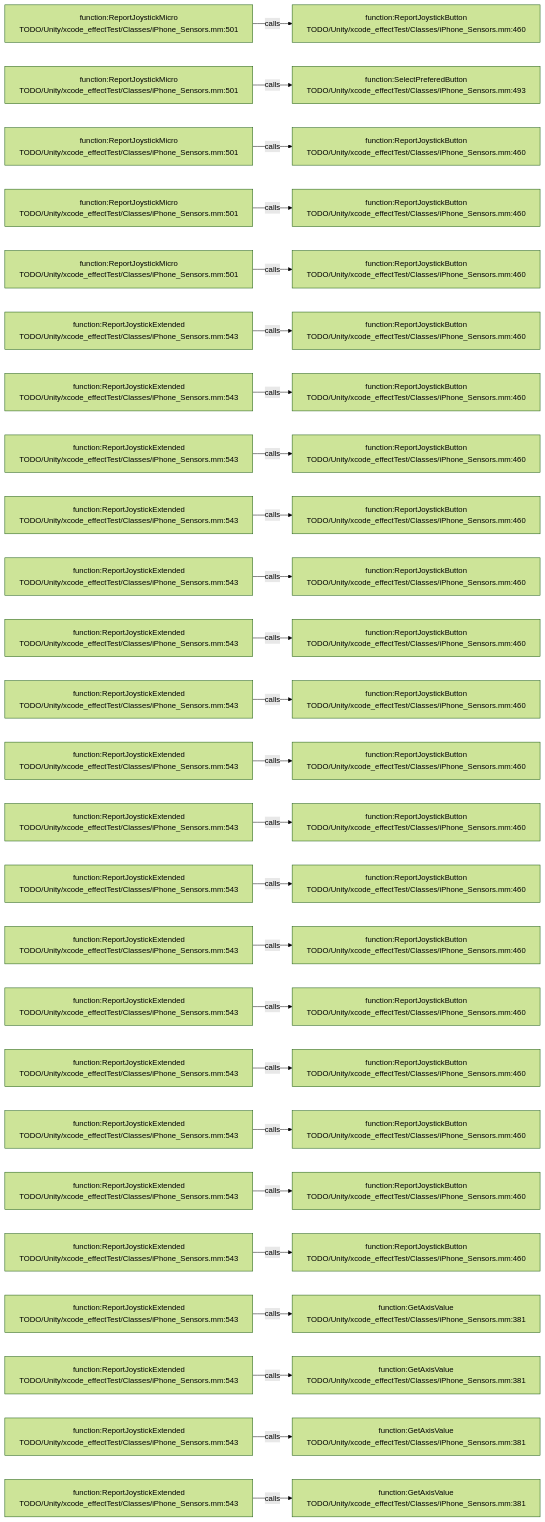
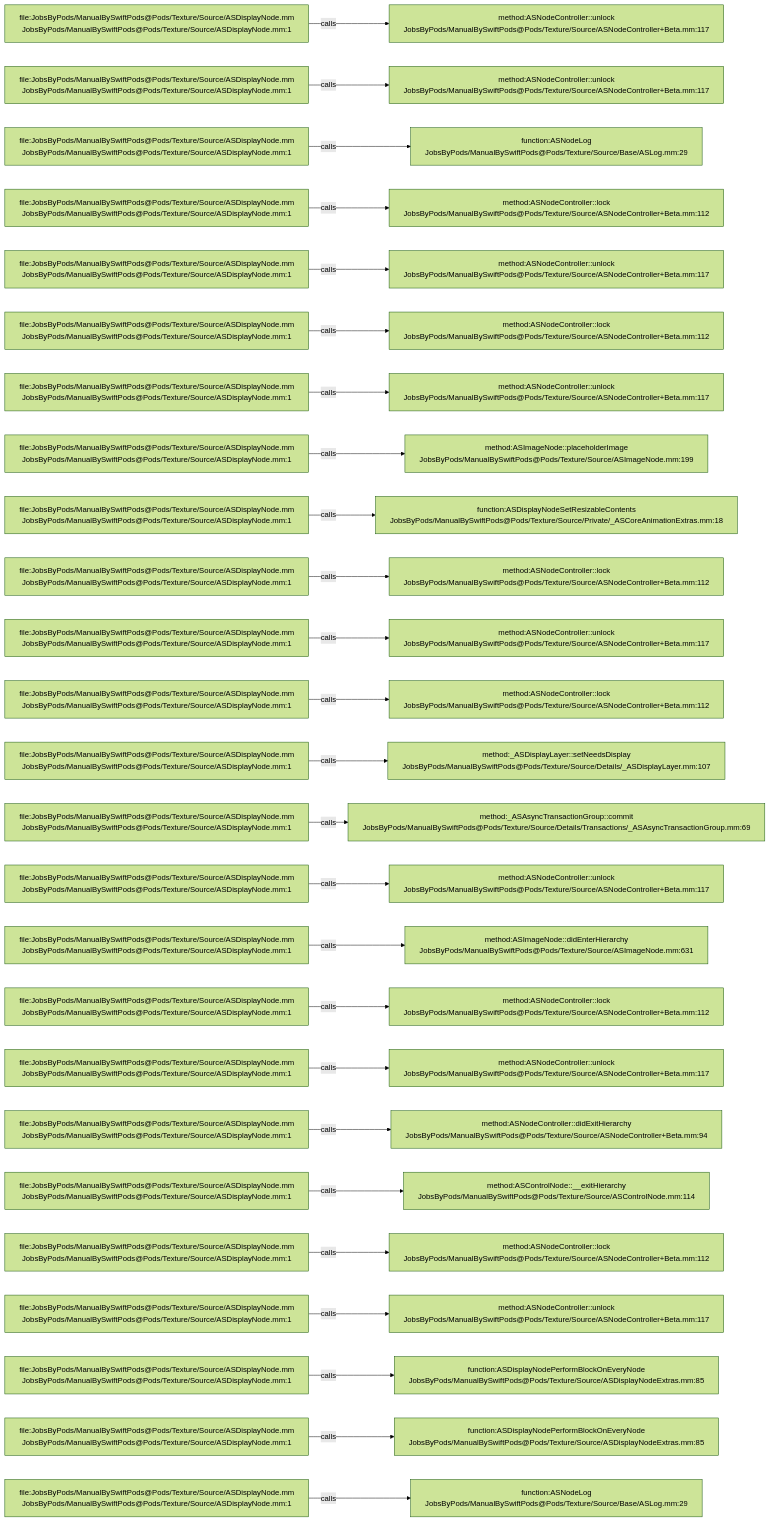
One commit to JobsKits/JobsSwiftBaseConfigDemo changed the diagram in .codegraph/codegraph.md/graphs/calls-052.md. Above: the diagram before and after it, drawn with Mermaid (forest theme). The commit also changed 2959 other files, not shown here.

````diff
--- a/.codegraph/codegraph.md/graphs/calls-052.md
+++ b/.codegraph/codegraph.md/graphs/calls-052.md
@@ -13,78 +13,78 @@
 ```mermaid
 flowchart LR
-  S1["function:ReportJoystickMicro<br/>TODO/Unity/xcode_effectTest/Classes/iPhone_Sensors.mm:501"]
-  T1["function:ReportJoystickButton<br/>TODO/Unity/xcode_effectTest/Classes/iPhone_Sensors.mm:460"]
+  S1["file:JobsByPods/ManualBySwiftPods@Pods/Texture/Source/ASDisplayNode.mm<br/>JobsByPods/ManualBySwiftPods@Pods/Texture/Source/ASDisplayNode.mm:1"]
+  T1["method:ASNodeController::unlock<br/>JobsByPods/ManualBySwiftPods@Pods/Texture/Source/ASNodeController+Beta.mm:117"]
   S1 -->|calls| T1
-  S2["function:ReportJoystickMicro<br/>TODO/Unity/xcode_effectTest/Classes/iPhone_Sensors.mm:501"]
-  T2["function:SelectPreferedButton<br/>TODO/Unity/xcode_effectTest/Classes/iPhone_Sensors.mm:493"]
+  S2["file:JobsByPods/ManualBySwiftPods@Pods/Texture/Source/ASDisplayNode.mm<br/>JobsByPods/ManualBySwiftPods@Pods/Texture/Source/ASDisplayNode.mm:1"]
+  T2["method:ASNodeController::unlock<br/>JobsByPods/ManualBySwiftPods@Pods/Texture/Source/ASNodeController+Beta.mm:117"]
   S2 -->|calls| T2
-  S3["function:ReportJoystickMicro<br/>TODO/Unity/xcode_effectTest/Classes/iPhone_Sensors.mm:501"]
-  T3["function:ReportJoystickButton<br/>TODO/Unity/xcode_effectTest/Classes/iPhone_Sensors.mm:460"]
+  S3["file:JobsByPods/ManualBySwiftPods@Pods/Texture/Source/ASDisplayNode.mm<br/>JobsByPods/ManualBySwiftPods@Pods/Texture/Source/ASDisplayNode.mm:1"]
+  T3["function:ASNodeLog<br/>JobsByPods/ManualBySwiftPods@Pods/Texture/Source/Base/ASLog.mm:29"]
   S3 -->|calls| T3
-  S4["function:ReportJoystickMicro<br/>TODO/Unity/xcode_effectTest/Classes/iPhone_Sensors.mm:501"]
-  T4["function:ReportJoystickButton<br/>TODO/Unity/xcode_effectTest/Classes/iPhone_Sensors.mm:460"]
+  S4["file:JobsByPods/ManualBySwiftPods@Pods/Texture/Source/ASDisplayNode.mm<br/>JobsByPods/ManualBySwiftPods@Pods/Texture/Source/ASDisplayNode.mm:1"]
+  T4["method:ASNodeController::lock<br/>JobsByPods/ManualBySwiftPods@Pods/Texture/Source/ASNodeController+Beta.mm:112"]
   S4 -->|calls| T4
-  S5["function:ReportJoystickMicro<br/>TODO/Unity/xcode_effectTest/Classes/iPhone_Sensors.mm:501"]
-  T5["function:ReportJoystickButton<br/>TODO/Unity/xcode_effectTest/Classes/iPhone_Sensors.mm:460"]
+  S5["file:JobsByPods/ManualBySwiftPods@Pods/Texture/Source/ASDisplayNode.mm<br/>JobsByPods/ManualBySwiftPods@Pods/Texture/Source/ASDisplayNode.mm:1"]
+  T5["method:ASNodeController::unlock<br/>JobsByPods/ManualBySwiftPods@Pods/Texture/Source/ASNodeController+Beta.mm:117"]
   S5 -->|calls| T5
-  S6["function:ReportJoystickExtended<br/>TODO/Unity/xcode_effectTest/Classes/iPhone_Sensors.mm:543"]
-  T6["function:ReportJoystickButton<br/>TODO/Unity/xcode_effectTest/Classes/iPhone_Sensors.mm:460"]
+  S6["file:JobsByPods/ManualBySwiftPods@Pods/Texture/Source/ASDisplayNode.mm<br/>JobsByPods/ManualBySwiftPods@Pods/Texture/Source/ASDisplayNode.mm:1"]
+  T6["method:ASNodeController::lock<br/>JobsByPods/ManualBySwiftPods@Pods/Texture/Source/ASNodeController+Beta.mm:112"]
   S6 -->|calls| T6
-  S7["function:ReportJoystickExtended<br/>TODO/Unity/xcode_effectTest/Classes/iPhone_Sensors.mm:543"]
-  T7["function:ReportJoystickButton<br/>TODO/Unity/xcode_effectTest/Classes/iPhone_Sensors.mm:460"]
+  S7["file:JobsByPods/ManualBySwiftPods@Pods/Texture/Source/ASDisplayNode.mm<br/>JobsByPods/ManualBySwiftPods@Pods/Texture/Source/ASDisplayNode.mm:1"]
+  T7["method:ASNodeController::unlock<br/>JobsByPods/ManualBySwiftPods@Pods/Texture/Source/ASNodeController+Beta.mm:117"]
   S7 -->|calls| T7
-  S8["function:ReportJoystickExtended<br/>TODO/Unity/xcode_effectTest/Classes/iPhone_Sensors.mm:543"]
-  T8["function:ReportJoystickButton<br/>TODO/Unity/xcode_effectTest/Classes/iPhone_Sensors.mm:460"]
+  S8["file:JobsByPods/ManualBySwiftPods@Pods/Texture/Source/ASDisplayNode.mm<br/>JobsByPods/ManualBySwiftPods@Pods/Texture/Source/ASDisplayNode.mm:1"]
+  T8["method:ASImageNode::placeholderImage<br/>JobsByPods/ManualBySwiftPods@Pods/Texture/Source/ASImageNode.mm:199"]
   S8 -->|calls| T8
-  S9["function:ReportJoystickExtended<br/>TODO/Unity/xcode_effectTest/Classes/iPhone_Sensors.mm:543"]
-  T9["function:ReportJoystickButton<br/>TODO/Unity/xcode_effectTest/Classes/iPhone_Sensors.mm:460"]
+  S9["file:JobsByPods/ManualBySwiftPods@Pods/Texture/Source/ASDisplayNode.mm<br/>JobsByPods/ManualBySwiftPods@Pods/Texture/Source/ASDisplayNode.mm:1"]
+  T9["function:ASDisplayNodeSetResizableContents<br/>JobsByPods/ManualBySwiftPods@Pods/Texture/Source/Private/_ASCoreAnimationExtras.mm:18"]
   S9 -->|calls| T9
-  S10["function:ReportJoystickExtended<br/>TODO/Unity/xcode_effectTest/Classes/iPhone_Sensors.mm:543"]
-  T10["function:ReportJoystickButton<br/>TODO/Unity/xcode_effectTest/Classes/iPhone_Sensors.mm:460"]
+  S10["file:JobsByPods/ManualBySwiftPods@Pods/Texture/Source/ASDisplayNode.mm<br/>JobsByPods/ManualBySwiftPods@Pods/Texture/Source/ASDisplayNode.mm:1"]
+  T10["method:ASNodeController::lock<br/>JobsByPods/ManualBySwiftPods@Pods/Texture/Source/ASNodeController+Beta.mm:112"]
   S10 -->|calls| T10
-  S11["function:ReportJoystickExtended<br/>TODO/Unity/xcode_effectTest/Classes/iPhone_Sensors.mm:543"]
-  T11["function:ReportJoystickButton<br/>TODO/Unity/xcode_effectTest/Classes/iPhone_Sensors.mm:460"]
+  S11["file:JobsByPods/ManualBySwiftPods@Pods/Texture/Source/ASDisplayNode.mm<br/>JobsByPods/ManualBySwiftPods@Pods/Texture/Source/ASDisplayNode.mm:1"]
+  T11["method:ASNodeController::unlock<br/>JobsByPods/ManualBySwiftPods@Pods/Texture/Source/ASNodeController+Beta.mm:117"]
   S11 -->|calls| T11
-  S12["function:ReportJoystickExtended<br/>TODO/Unity/xcode_effectTest/Classes/iPhone_Sensors.mm:543"]
-  T12["function:ReportJoystickButton<br/>TODO/Unity/xcode_effectTest/Classes/iPhone_Sensors.mm:460"]
+  S12["file:JobsByPods/ManualBySwiftPods@Pods/Texture/Source/ASDisplayNode.mm<br/>JobsByPods/ManualBySwiftPods@Pods/Texture/Source/ASDisplayNode.mm:1"]
+  T12["method:ASNodeController::lock<br/>JobsByPods/ManualBySwiftPods@Pods/Texture/Source/ASNodeController+Beta.mm:112"]
   S12 -->|calls| T12
-  S13["function:ReportJoystickExtended<br/>TODO/Unity/xcode_effectTest/Classes/iPhone_Sensors.mm:543"]
-  T13["function:ReportJoystickButton<br/>TODO/Unity/xcode_effectTest/Classes/iPhone_Sensors.mm:460"]
+  S13["file:JobsByPods/ManualBySwiftPods@Pods/Texture/Source/ASDisplayNode.mm<br/>JobsByPods/ManualBySwiftPods@Pods/Texture/Source/ASDisplayNode.mm:1"]
+  T13["method:_ASDisplayLayer::setNeedsDisplay<br/>JobsByPods/ManualBySwiftPods@Pods/Texture/Source/Details/_ASDisplayLayer.mm:107"]
   S13 -->|calls| T13
-  S14["function:ReportJoystickExtended<br/>TODO/Unity/xcode_effectTest/Classes/iPhone_Sensors.mm:543"]
-  T14["function:ReportJoystickButton<br/>TODO/Unity/xcode_effectTest/Classes/iPhone_Sensors.mm:460"]
+  S14["file:JobsByPods/ManualBySwiftPods@Pods/Texture/Source/ASDisplayNode.mm<br/>JobsByPods/ManualBySwiftPods@Pods/Texture/Source/ASDisplayNode.mm:1"]
+  T14["method:_ASAsyncTransactionGroup::commit<br/>JobsByPods/ManualBySwiftPods@Pods/Texture/Source/Details/Transactions/_ASAsyncTransactionGroup.mm:69"]
   S14 -->|calls| T14
-  S15["function:ReportJoystickExtended<br/>TODO/Unity/xcode_effectTest/Classes/iPhone_Sensors.mm:543"]
-  T15["function:ReportJoystickButton<br/>TODO/Unity/xcode_effectTest/Classes/iPhone_Sensors.mm:460"]
+  S15["file:JobsByPods/ManualBySwiftPods@Pods/Texture/Source/ASDisplayNode.mm<br/>JobsByPods/ManualBySwiftPods@Pods/Texture/Source/ASDisplayNode.mm:1"]
+  T15["method:ASNodeController::unlock<br/>JobsByPods/ManualBySwiftPods@Pods/Texture/Source/ASNodeController+Beta.mm:117"]
   S15 -->|calls| T15
-  S16["function:ReportJoystickExtended<br/>TODO/Unity/xcode_effectTest/Classes/iPhone_Sensors.mm:543"]
-  T16["function:ReportJoystickButton<br/>TODO/Unity/xcode_effectTest/Classes/iPhone_Sensors.mm:460"]
+  S16["file:JobsByPods/ManualBySwiftPods@Pods/Texture/Source/ASDisplayNode.mm<br/>JobsByPods/ManualBySwiftPods@Pods/Texture/Source/ASDisplayNode.mm:1"]
+  T16["method:ASImageNode::didEnterHierarchy<br/>JobsByPods/ManualBySwiftPods@Pods/Texture/Source/ASImageNode.mm:631"]
   S16 -->|calls| T16
-  S17["function:ReportJoystickExtended<br/>TODO/Unity/xcode_effectTest/Classes/iPhone_Sensors.mm:543"]
-  T17["function:ReportJoystickButton<br/>TODO/Unity/xcode_effectTest/Classes/iPhone_Sensors.mm:460"]
+  S17["file:JobsByPods/ManualBySwiftPods@Pods/Texture/Source/ASDisplayNode.mm<br/>JobsByPods/ManualBySwiftPods@Pods/Texture/Source/ASDisplayNode.mm:1"]
+  T17["method:ASNodeController::lock<br/>JobsByPods/ManualBySwiftPods@Pods/Texture/Source/ASNodeController+Beta.mm:112"]
   S17 -->|calls| T17
-  S18["function:ReportJoystickExtended<br/>TODO/Unity/xcode_effectTest/Classes/iPhone_Sensors.mm:543"]
-  T18["function:ReportJoystickButton<br/>TODO/Unity/xcode_effectTest/Classes/iPhone_Sensors.mm:460"]
+  S18["file:JobsByPods/ManualBySwiftPods@Pods/Texture/Source/ASDisplayNode.mm<br/>JobsByPods/ManualBySwiftPods@Pods/Texture/Source/ASDisplayNode.mm:1"]
+  T18["method:ASNodeController::unlock<br/>JobsByPods/ManualBySwiftPods@Pods/Texture/Source/ASNodeController+Beta.mm:117"]
   S18 -->|calls| T18
-  S19["function:ReportJoystickExtended<br/>TODO/Unity/xcode_effectTest/Classes/iPhone_Sensors.mm:543"]
-  T19["function:ReportJoystickButton<br/>TODO/Unity/xcode_effectTest/Classes/iPhone_Sensors.mm:460"]
+  S19["file:JobsByPods/ManualBySwiftPods@Pods/Texture/Source/ASDisplayNode.mm<br/>JobsByPods/ManualBySwiftPods@Pods/Texture/Source/ASDisplayNode.mm:1"]
+  T19["method:ASNodeController::didExitHierarchy<br/>JobsByPods/ManualBySwiftPods@Pods/Texture/Source/ASNodeController+Beta.mm:94"]
   S19 -->|calls| T19
-  S20["function:ReportJoystickExtended<br/>TODO/Unity/xcode_effectTest/Classes/iPhone_Sensors.mm:543"]
-  T20["function:ReportJoystickButton<br/>TODO/Unity/xcode_effectTest/Classes/iPhone_Sensors.mm:460"]
+  S20["file:JobsByPods/ManualBySwiftPods@Pods/Texture/Source/ASDisplayNode.mm<br/>JobsByPods/ManualBySwiftPods@Pods/Texture/Source/ASDisplayNode.mm:1"]
+  T20["method:ASControlNode::__exitHierarchy<br/>JobsByPods/ManualBySwiftPods@Pods/Texture/Source/ASControlNode.mm:114"]
   S20 -->|calls| T20
-  S21["function:ReportJoystickExtended<br/>TODO/Unity/xcode_effectTest/Classes/iPhone_Sensors.mm:543"]
-  T21["function:ReportJoystickButton<br/>TODO/Unity/xcode_effectTest/Classes/iPhone_Sensors.mm:460"]
+  S21["file:JobsByPods/ManualBySwiftPods@Pods/Texture/Source/ASDisplayNode.mm<br/>JobsByPods/ManualBySwiftPods@Pods/Texture/Source/ASDisplayNode.mm:1"]
+  T21["method:ASNodeController::lock<br/>JobsByPods/ManualBySwiftPods@Pods/Texture/Source/ASNodeController+Beta.mm:112"]
   S21 -->|calls| T21
-  S22["function:ReportJoystickExtended<br/>TODO/Unity/xcode_effectTest/Classes/iPhone_Sensors.mm:543"]
-  T22["function:GetAxisValue<br/>TODO/Unity/xcode_effectTest/Classes/iPhone_Sensors.mm:381"]
+  S22["file:JobsByPods/ManualBySwiftPods@Pods/Texture/Source/ASDisplayNode.mm<br/>JobsByPods/ManualBySwiftPods@Pods/Texture/Source/ASDisplayNode.mm:1"]
+  T22["method:ASNodeController::unlock<br/>JobsByPods/ManualBySwiftPods@Pods/Texture/Source/ASNodeController+Beta.mm:117"]
   S22 -->|calls| T22
-  S23["function:ReportJoystickExtended<br/>TODO/Unity/xcode_effectTest/Classes/iPhone_Sensors.mm:543"]
-  T23["function:GetAxisValue<br/>TODO/Unity/xcode_effectTest/Classes/iPhone_Sensors.mm:381"]
+  S23["file:JobsByPods/ManualBySwiftPods@Pods/Texture/Source/ASDisplayNode.mm<br/>JobsByPods/ManualBySwiftPods@Pods/Texture/Source/ASDisplayNode.mm:1"]
+  T23["function:ASDisplayNodePerformBlockOnEveryNode<br/>JobsByPods/ManualBySwiftPods@Pods/Texture/Source/ASDisplayNodeExtras.mm:85"]
   S23 -->|calls| T23
-  S24["function:ReportJoystickExtended<br/>TODO/Unity/xcode_effectTest/Classes/iPhone_Sensors.mm:543"]
-  T24["function:GetAxisValue<br/>TODO/Unity/xcode_effectTest/Classes/iPhone_Sensors.mm:381"]
+  S24["file:JobsByPods/ManualBySwiftPods@Pods/Texture/Source/ASDisplayNode.mm<br/>JobsByPods/ManualBySwiftPods@Pods/Texture/Source/ASDisplayNode.mm:1"]
+  T24["function:ASDisplayNodePerformBlockOnEveryNode<br/>JobsByPods/ManualBySwiftPods@Pods/Texture/Source/ASDisplayNodeExtras.mm:85"]
   S24 -->|calls| T24
-  S25["function:ReportJoystickExtended<br/>TODO/Unity/xcode_effectTest/Classes/iPhone_Sensors.mm:543"]
-  T25["function:GetAxisValue<br/>TODO/Unity/xcode_effectTest/Classes/iPhone_Sensors.mm:381"]
+  S25["file:JobsByPods/ManualBySwiftPods@Pods/Texture/Source/ASDisplayNode.mm<br/>JobsByPods/ManualBySwiftPods@Pods/Texture/Source/ASDisplayNode.mm:1"]
+  T25["function:ASNodeLog<br/>JobsByPods/ManualBySwiftPods@Pods/Texture/Source/Base/ASLog.mm:29"]
   S25 -->|calls| T25
 ```
````
